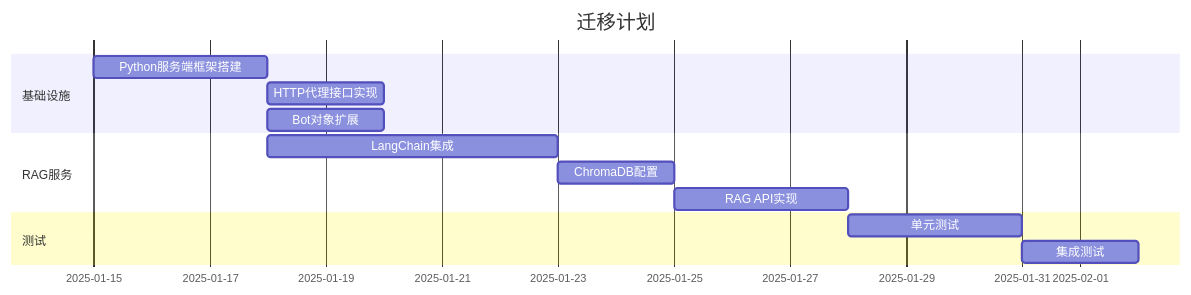
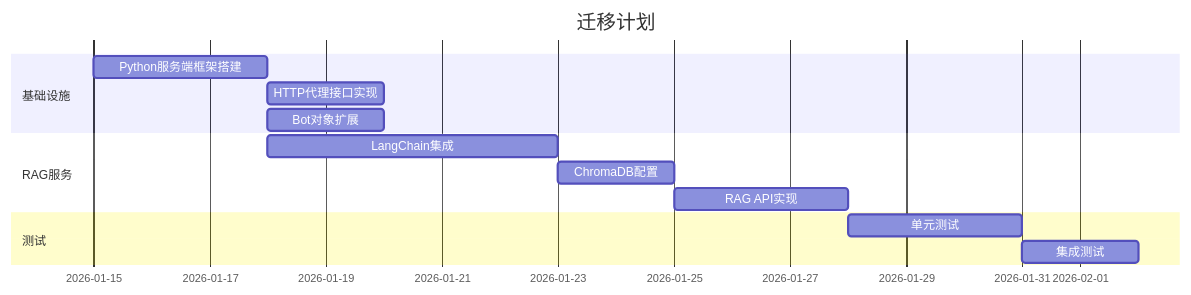
The fifth of 8 diagrams in docs/future-architecture-2025.md (sunflowermm/XRK-AGT), drawn with Mermaid before and after one commit. The commit also changed other lines of this file, not shown here.

````diff
--- a/docs/future-architecture-2025.md
+++ b/docs/future-architecture-2025.md
@@ -805,16 +805,16 @@
 ```mermaid
 gantt
     title 迁移计划
     dateFormat  YYYY-MM-DD
     section 基础设施
-    Python服务端框架搭建    :a1, 2025-01-15, 3d
+    Python服务端框架搭建    :a1, 2026-01-15, 3d
     HTTP代理接口实现        :a2, after a1, 2d
     Bot对象扩展            :a3, after a1, 2d
     section RAG服务
     LangChain集成          :b1, after a1, 5d
     ChromaDB配置           :b2, after b1, 2d
     RAG API实现            :b3, after b2, 3d
     section 测试
     单元测试               :c1, after b3, 3d
     集成测试               :c2, after c1, 2d
 ```
````
